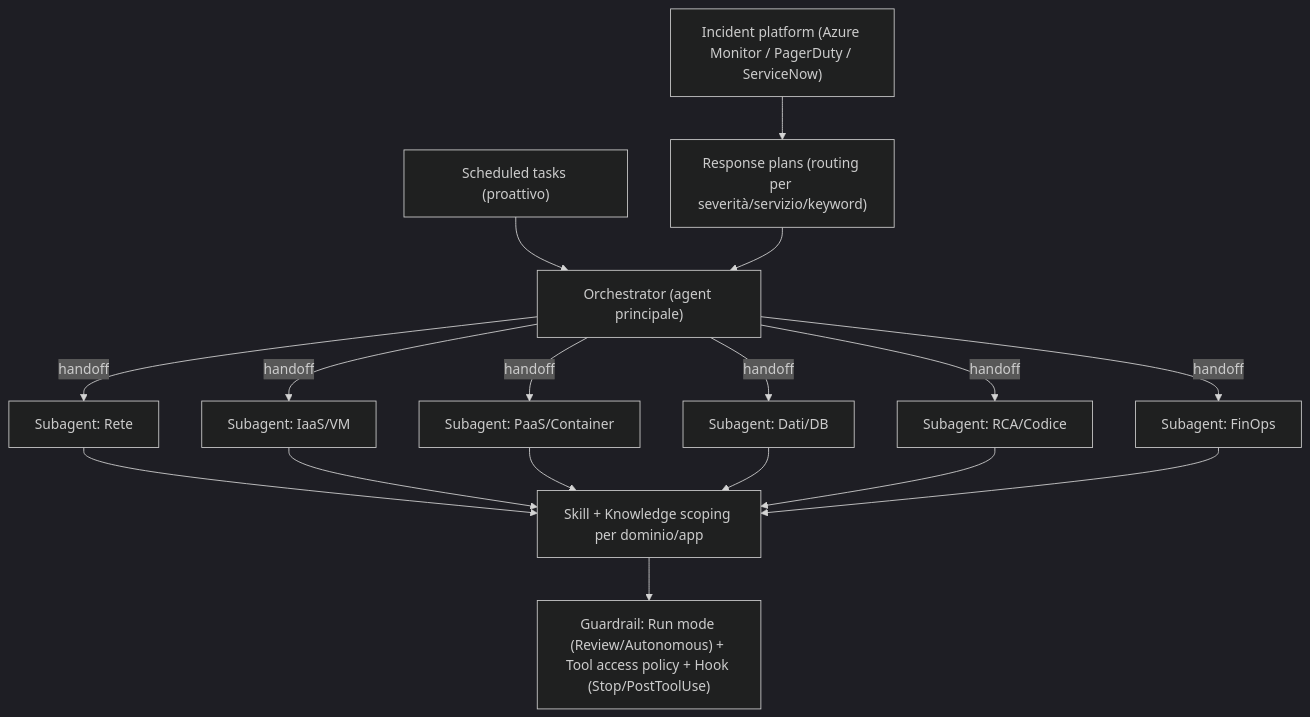
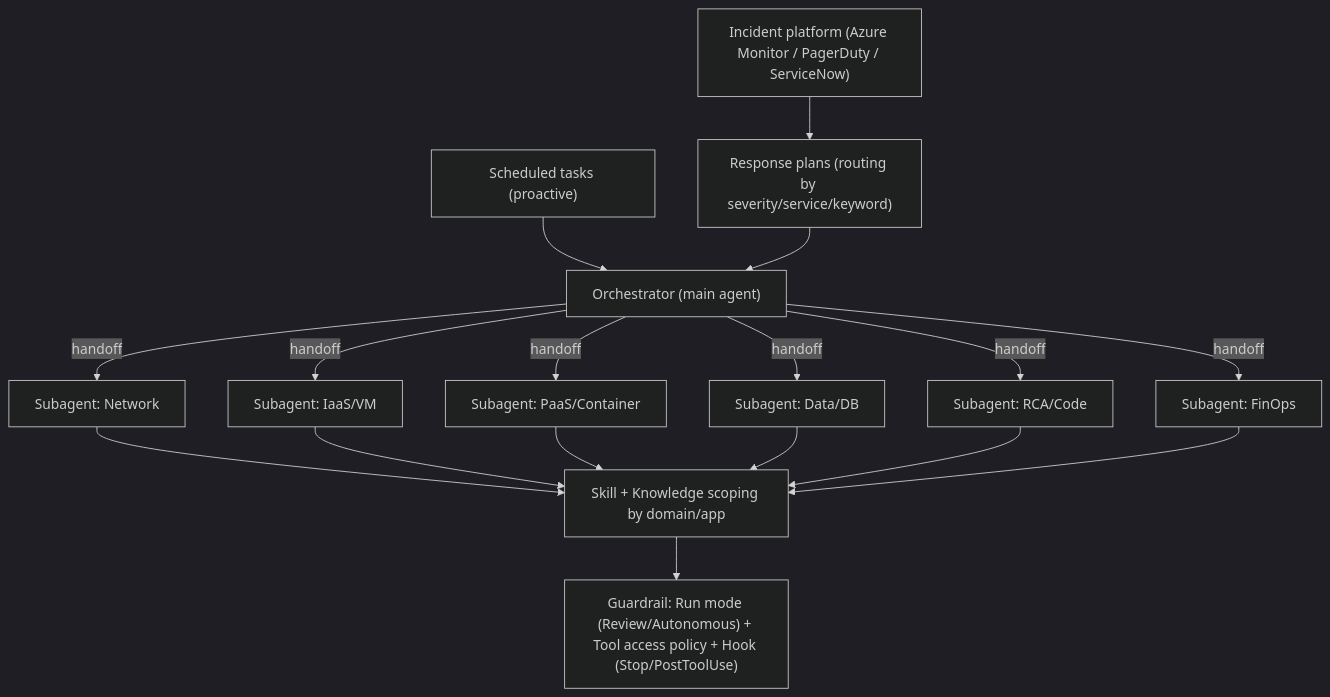
The third of 11 diagrams in Coach/Solutions/docs/azure-sre-agent/architectural-guide-lines/azure-sre-agent-fleet-architecture-guidelines.md (microsoft/frontier-sre-agent-rvas), drawn with Mermaid (dark theme) before and after one commit. The commit also changed other lines of this file and 2 other files, not shown here.

````diff
--- a/Coach/Solutions/docs/azure-sre-agent/architectural-guide-lines/azure-sre-agent-fleet-architecture-guidelines.md
+++ b/Coach/Solutions/docs/azure-sre-agent/architectural-guide-lines/azure-sre-agent-fleet-architecture-guidelines.md
@@ -403,14 +403,14 @@
 ```mermaid
 flowchart TB
-  ALERT["Incident platform (Azure Monitor / PagerDuty / ServiceNow)"] --> RP["Response plans (routing per severità/servizio/keyword)"]
-  SCHED["Scheduled tasks (proattivo)"] --> ORCH
-  RP --> ORCH["Orchestrator (agent principale)"]
-  ORCH -->|handoff| SANET["Subagent: Rete"]
+  ALERT["Incident platform (Azure Monitor / PagerDuty / ServiceNow)"] --> RP["Response plans (routing by severity/service/keyword)"]
+  SCHED["Scheduled tasks (proactive)"] --> ORCH
+  RP --> ORCH["Orchestrator (main agent)"]
+  ORCH -->|handoff| SANET["Subagent: Network"]
   ORCH -->|handoff| SAIAAS["Subagent: IaaS/VM"]
   ORCH -->|handoff| SAPAAS["Subagent: PaaS/Container"]
-  ORCH -->|handoff| SADATA["Subagent: Dati/DB"]
-  ORCH -->|handoff| SARCA["Subagent: RCA/Codice"]
+  ORCH -->|handoff| SADATA["Subagent: Data/DB"]
+  ORCH -->|handoff| SARCA["Subagent: RCA/Code"]
   ORCH -->|handoff| SAFIN["Subagent: FinOps"]
-  SANET & SAIAAS & SAPAAS & SADATA & SARCA & SAFIN --> SK["Skill + Knowledge scoping per dominio/app"]
+  SANET & SAIAAS & SAPAAS & SADATA & SARCA & SAFIN --> SK["Skill + Knowledge scoping by domain/app"]
   SK --> GATE["Guardrail: Run mode (Review/Autonomous) + Tool access policy + Hook (Stop/PostToolUse)"]
 ```
````
